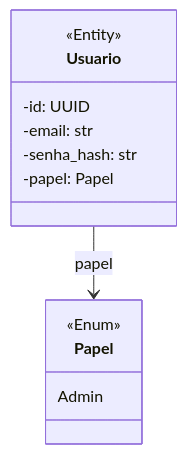
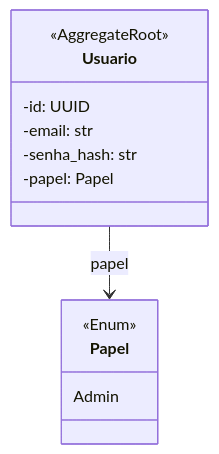
Before and after one commit to fiap-postech-sw-architecture/postech-sw-arch-p2: the fifth of 6 diagrams in docs/arquitetura/modelo-dominio.md, drawn with Mermaid. The commit also changed other lines of this file and 13 other files, not shown here.

````diff
--- a/docs/arquitetura/modelo-dominio.md
+++ b/docs/arquitetura/modelo-dominio.md
@@ -183,17 +184,17 @@
 ```mermaid
 classDiagram
     class Usuario {
-        <<Entity>>
+        <<AggregateRoot>>
         -id: UUID
         -email: str
         -senha_hash: str
         -papel: Papel
     }
 
     class Papel {
         <<Enum>>
         Admin
     }
 
     Usuario --> Papel : papel
 ```
````
